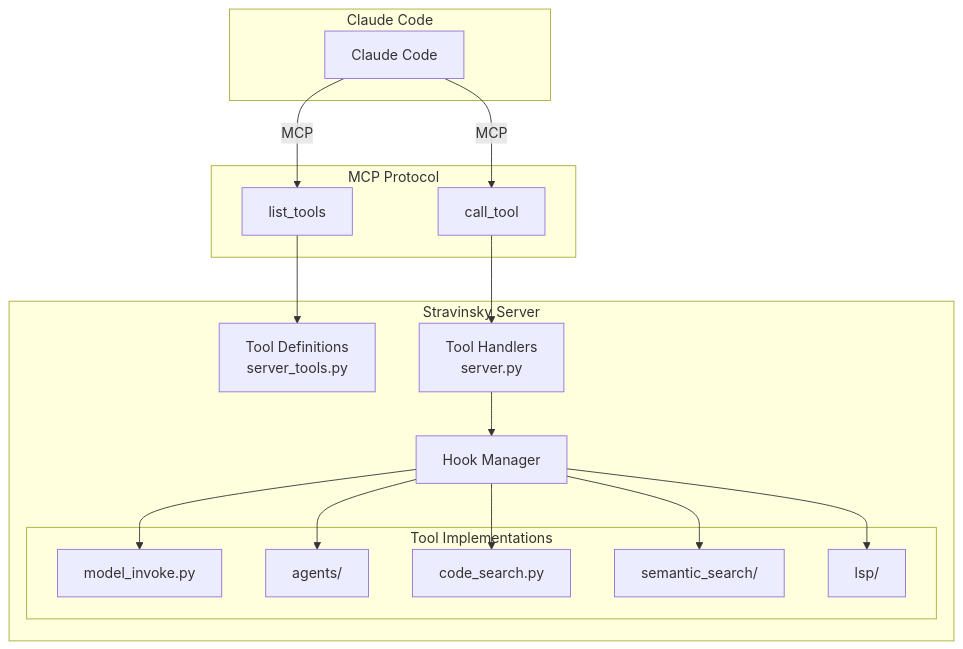
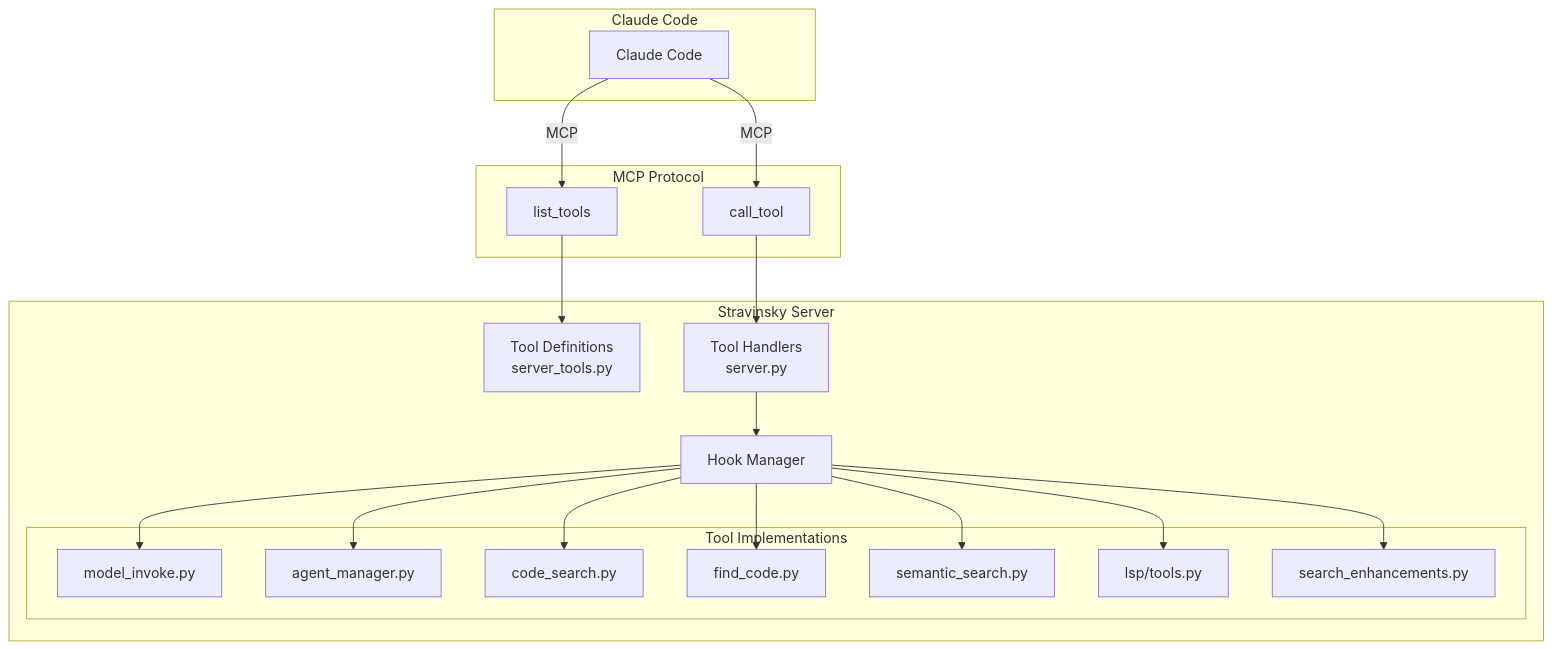
Before and after one commit to GratefulDave/stravinsky: the first of 8 diagrams in docs/architecture/MCP_TOOL_FLOW.md, drawn with Mermaid. The commit also changed other lines of this file and 30 other files, not shown here.

First line of the commit message:
docs: comprehensive architecture documentation update for 7-Phase Orchestrator

````diff
--- a/docs/architecture/MCP_TOOL_FLOW.md
+++ b/docs/architecture/MCP_TOOL_FLOW.md
@@ -9,36 +9,40 @@
 ```mermaid
 flowchart TB
     subgraph "Claude Code"
         CC[Claude Code]
     end
 
     subgraph "MCP Protocol"
         LT[list_tools]
         CT[call_tool]
     end
 
     subgraph "Stravinsky Server"
         TD[Tool Definitions<br/>server_tools.py]
         TH[Tool Handlers<br/>server.py]
         HM[Hook Manager]
 
         subgraph "Tool Implementations"
             MI[model_invoke.py]
-            AM[agents/]
+            AM[agent_manager.py]
             CS[code_search.py]
-            SS[semantic_search/]
-            LSP[lsp/]
+            FC[find_code.py]
+            SS[semantic_search.py]
+            LSP[lsp/tools.py]
+            SE[search_enhancements.py]
         end
     end
 
     CC -->|MCP| LT
     CC -->|MCP| CT
     LT --> TD
     CT --> TH
     TH --> HM
     HM --> MI
     HM --> AM
     HM --> CS
+    HM --> FC
     HM --> SS
     HM --> LSP
+    HM --> SE
 ```
````
